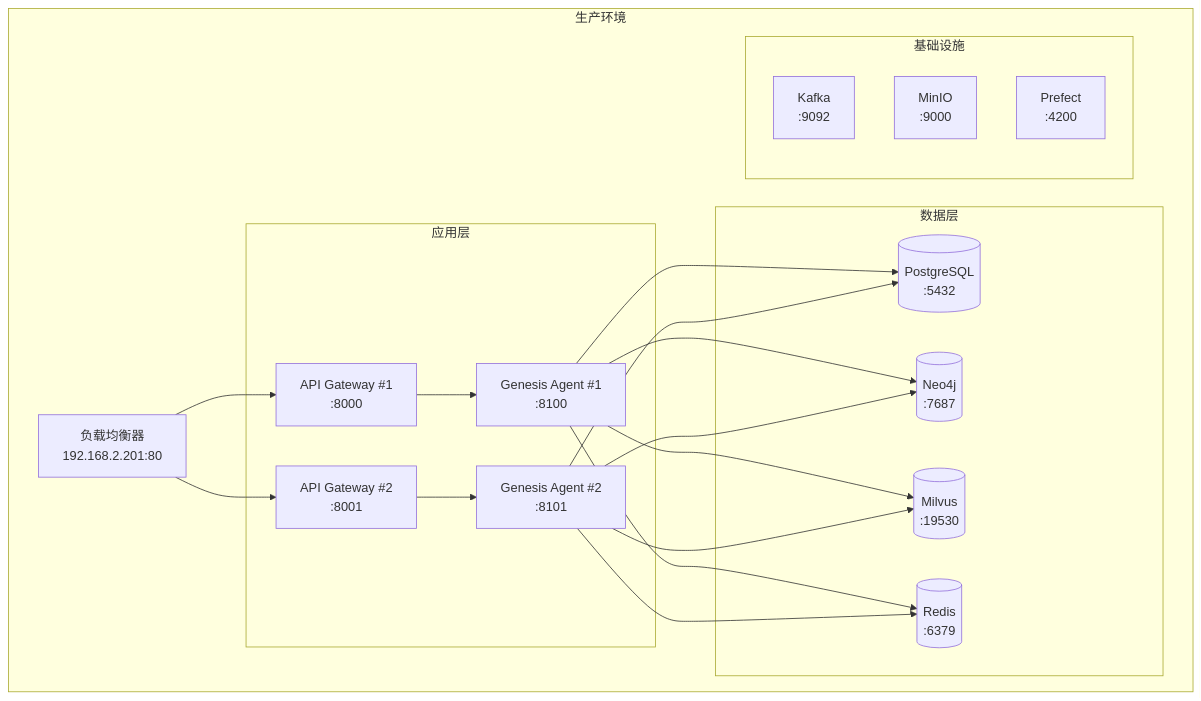
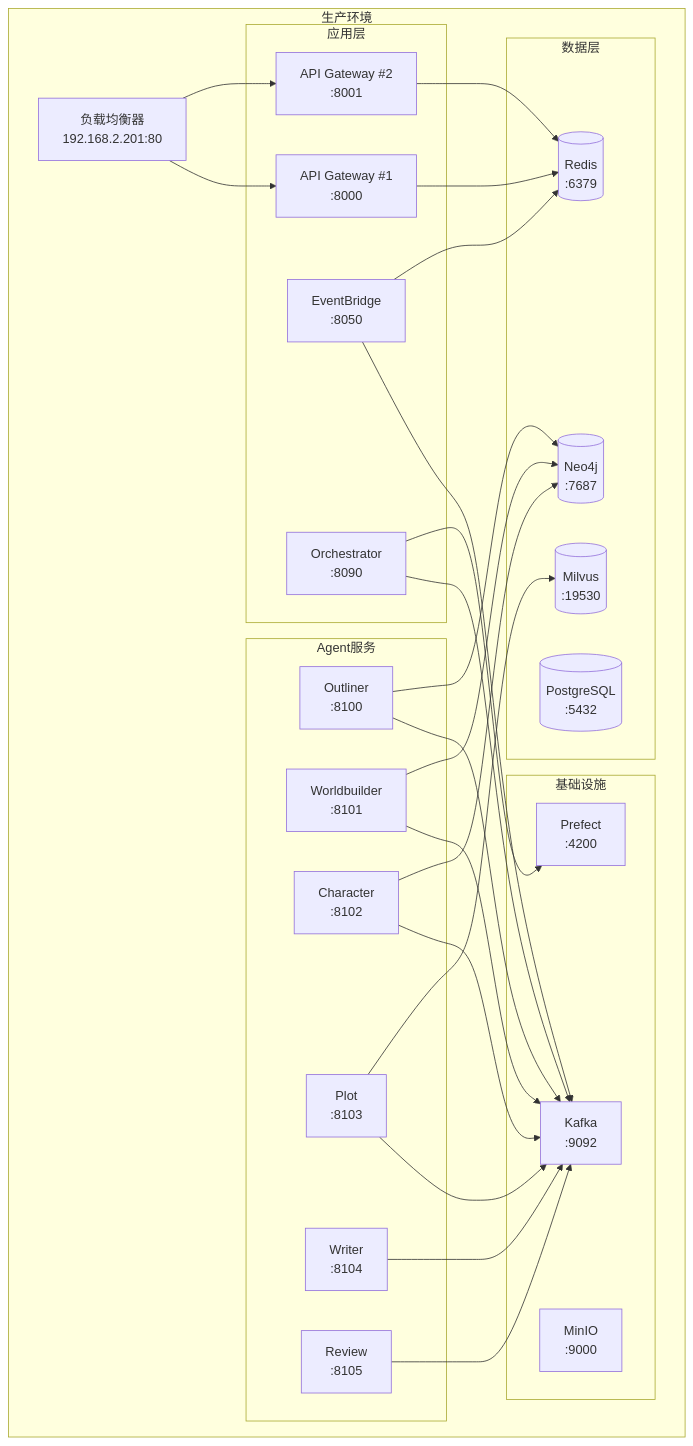
The fifth of 5 diagrams in .tasks/novel-genesis-stage/design-hld.md (zhiyue/infinite-scribe), drawn with Mermaid before and after one commit. The commit also changed other lines of this file, not shown here.

First line of the commit message:
refactor(novel-genesis-stage): enhance design HLD document with EventBridge integration details

````diff
--- a/.tasks/novel-genesis-stage/design-hld.md
+++ b/.tasks/novel-genesis-stage/design-hld.md
@@ -428,39 +486,54 @@
 ```mermaid
 graph TB
     subgraph "生产环境"
         LB[负载均衡器<br/>192.168.2.201:80]
 
         subgraph "应用层"
             API1[API Gateway #1<br/>:8000]
             API2[API Gateway #2<br/>:8001]
-            AGENT1[Genesis Agent #1<br/>:8100]
-            AGENT2[Genesis Agent #2<br/>:8101]
+            EB[EventBridge<br/>:8050]
+            ORC[Orchestrator<br/>:8090]
+        end
+        
+        subgraph "Agent服务"
+            OUTLINER[Outliner<br/>:8100]
+            WORLD[Worldbuilder<br/>:8101]
+            CHAR[Character<br/>:8102]
+            PLOT[Plot<br/>:8103]
+            WRITER[Writer<br/>:8104]
+            REVIEW[Review<br/>:8105]
         end
 
         subgraph "数据层"
             PG[(PostgreSQL<br/>:5432)]
             NEO4J[(Neo4j<br/>:7687)]
             MILVUS[(Milvus<br/>:19530)]
             REDIS[(Redis<br/>:6379)]
         end
 
         subgraph "基础设施"
             KAFKA[Kafka<br/>:9092]
             MINIO[MinIO<br/>:9000]
             PREFECT[Prefect<br/>:4200]
         end
     end
 
     LB --> API1
     LB --> API2
-    API1 --> AGENT1
-    API2 --> AGENT2
-    AGENT1 --> PG
-    AGENT1 --> NEO4J
-    AGENT1 --> MILVUS
-    AGENT1 --> REDIS
-    AGENT2 --> PG
-    AGENT2 --> NEO4J
-    AGENT2 --> MILVUS
-    AGENT2 --> REDIS
+    API1 --> REDIS
+    API2 --> REDIS
+    EB --> KAFKA
+    EB --> REDIS
+    ORC --> KAFKA
+    ORC --> PREFECT
+    OUTLINER --> KAFKA
+    WORLD --> KAFKA
+    CHAR --> KAFKA
+    PLOT --> KAFKA
+    WRITER --> KAFKA
+    REVIEW --> KAFKA
+    OUTLINER --> NEO4J
+    WORLD --> NEO4J
+    CHAR --> NEO4J
+    PLOT --> MILVUS
 ```
````
